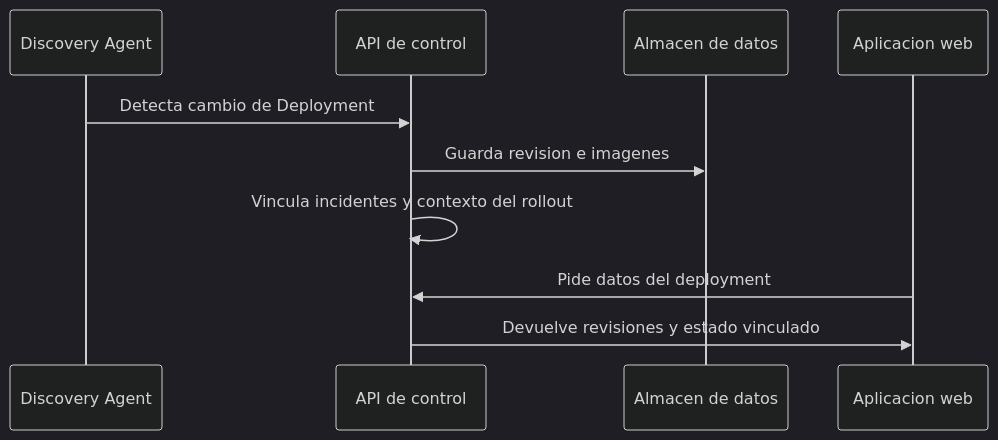
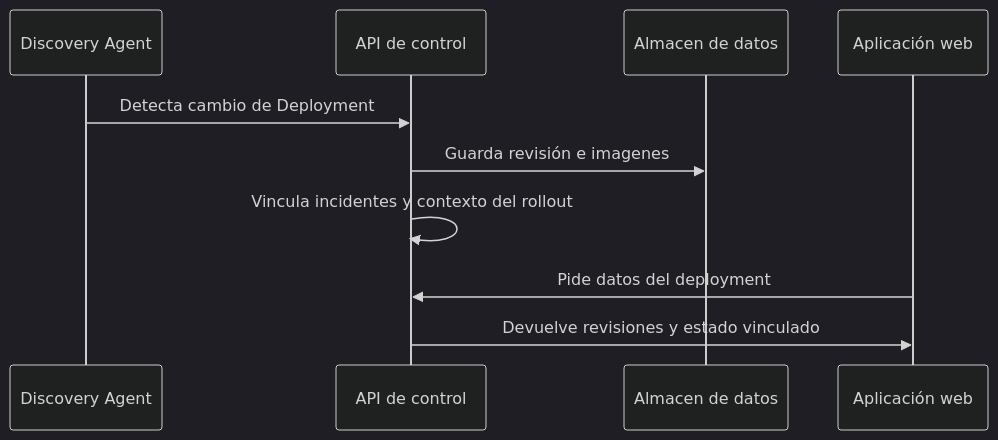
One commit to Moonin-Lab/Moonin-Docs changed the second of 4 diagrams in src/content/docs/es/getting-started/architecture.md. Above: the diagram before and after it, drawn with Mermaid (dark theme). The commit also changed other lines of this file and 84 other files, not shown here.

````diff
--- a/src/content/docs/es/getting-started/architecture.md
+++ b/src/content/docs/es/getting-started/architecture.md
@@ -104,13 +104,13 @@
 ```mermaid
 sequenceDiagram
     participant Agent as Discovery Agent
     participant API as API de control
     participant DB as Almacen de datos
-    participant Front as Aplicacion web
+    participant Front as Aplicación web
 
     Agent->>API: Detecta cambio de Deployment
-    API->>DB: Guarda revision e imagenes
+    API->>DB: Guarda revisión e imagenes
     API->>API: Vincula incidentes y contexto del rollout
     Front->>API: Pide datos del deployment
     API->>Front: Devuelve revisiones y estado vinculado
 ```
````
